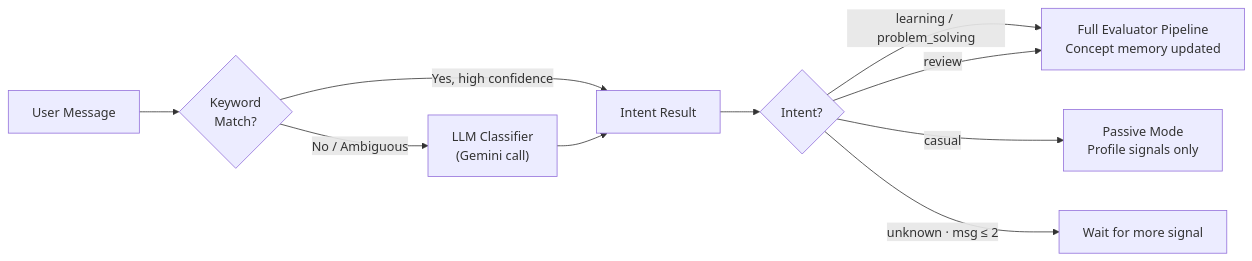
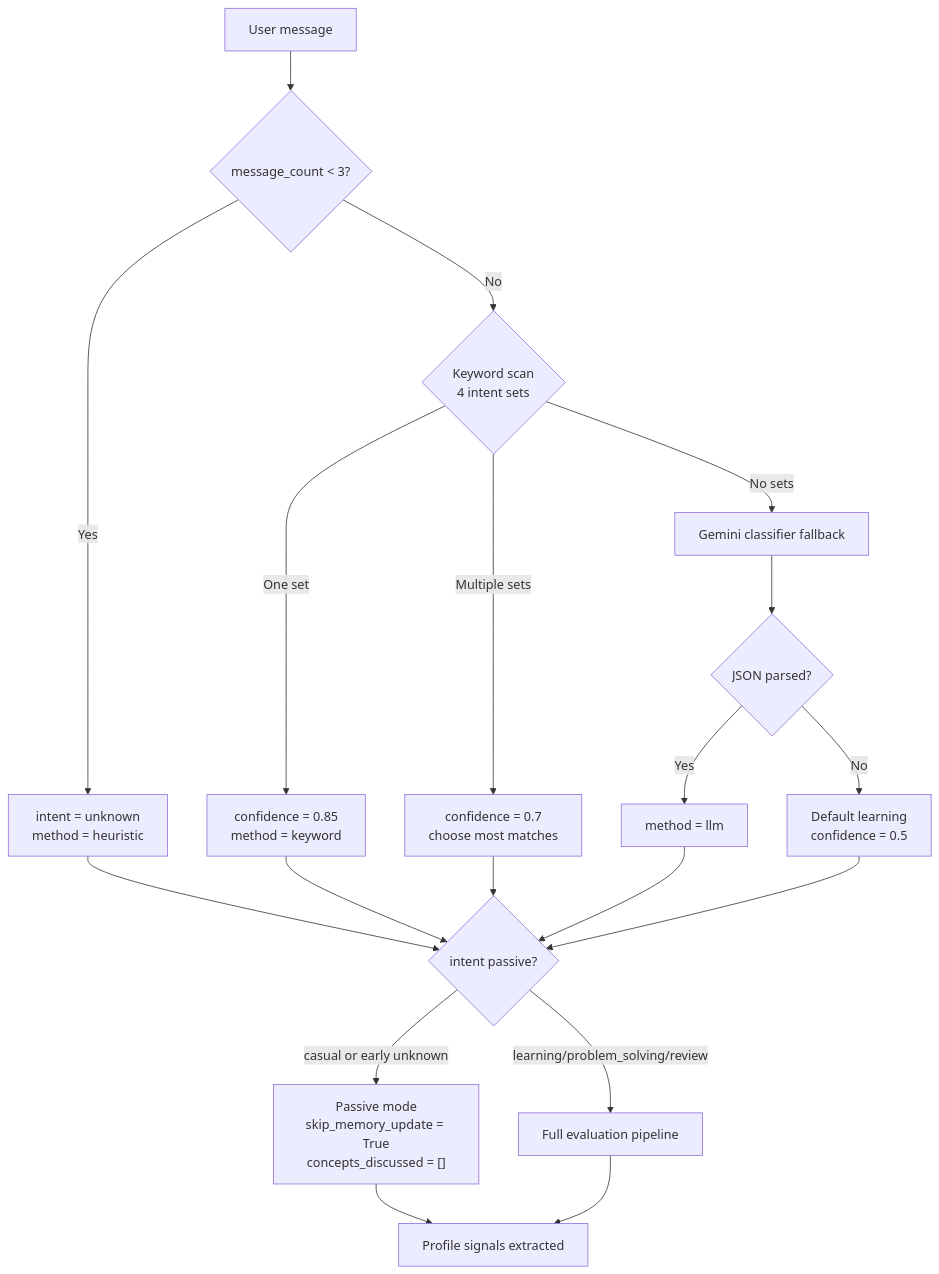
Before and after one commit to akshanshmaurya/Synapse: the fifth of 13 diagrams in README.md, drawn with Mermaid. The commit also changed other lines of this file and 1 other file, not shown here.

````diff
--- a/README.md
+++ b/README.md
@@ -188,13 +293,21 @@
 ```mermaid
-flowchart LR
-    MSG[User Message] --> KC{Keyword\nMatch?}
-    KC -->|"Yes, high confidence"| INTENT[Intent Result]
-    KC -->|"No / Ambiguous"| LLM["LLM Classifier\n(Gemini call)"]
-    LLM --> INTENT
-
-    INTENT --> L{Intent?}
-    L -->|"learning / problem_solving"| FULL["Full Evaluator Pipeline\nConcept memory updated"]
-    L -->|casual| PASS["Passive Mode\nProfile signals only"]
-    L -->|review| FULL
-    L -->|"unknown · msg ≤ 2"| WAIT["Wait for more signal"]
+flowchart TD
+    MSG["User message"] --> EARLY{"message_count < 3?"}
+    EARLY -->|"Yes"| UNK["intent = unknown\nmethod = heuristic"]
+    EARLY -->|"No"| KW{"Keyword scan\n4 intent sets"}
+    KW -->|"One set"| KR["confidence = 0.85\nmethod = keyword"]
+    KW -->|"Multiple sets"| MR["confidence = 0.7\nchoose most matches"]
+    KW -->|"No sets"| LLM["Gemini classifier fallback"]
+    LLM --> PARSE{"JSON parsed?"}
+    PARSE -->|"Yes"| LR["method = llm"]
+    PARSE -->|"No"| DEF["Default learning\nconfidence = 0.5"]
+    UNK --> GATE
+    KR --> GATE
+    MR --> GATE
+    LR --> GATE
+    DEF --> GATE
+    GATE{"intent passive?"} -->|"casual or early unknown"| PASS["Passive mode\nskip_memory_update = True\nconcepts_discussed = []"]
+    GATE -->|"learning/problem_solving/review"| FULL["Full evaluation pipeline"]
+    PASS --> PSIG["Profile signals extracted"]
+    FULL --> PSIG
 ```
````
